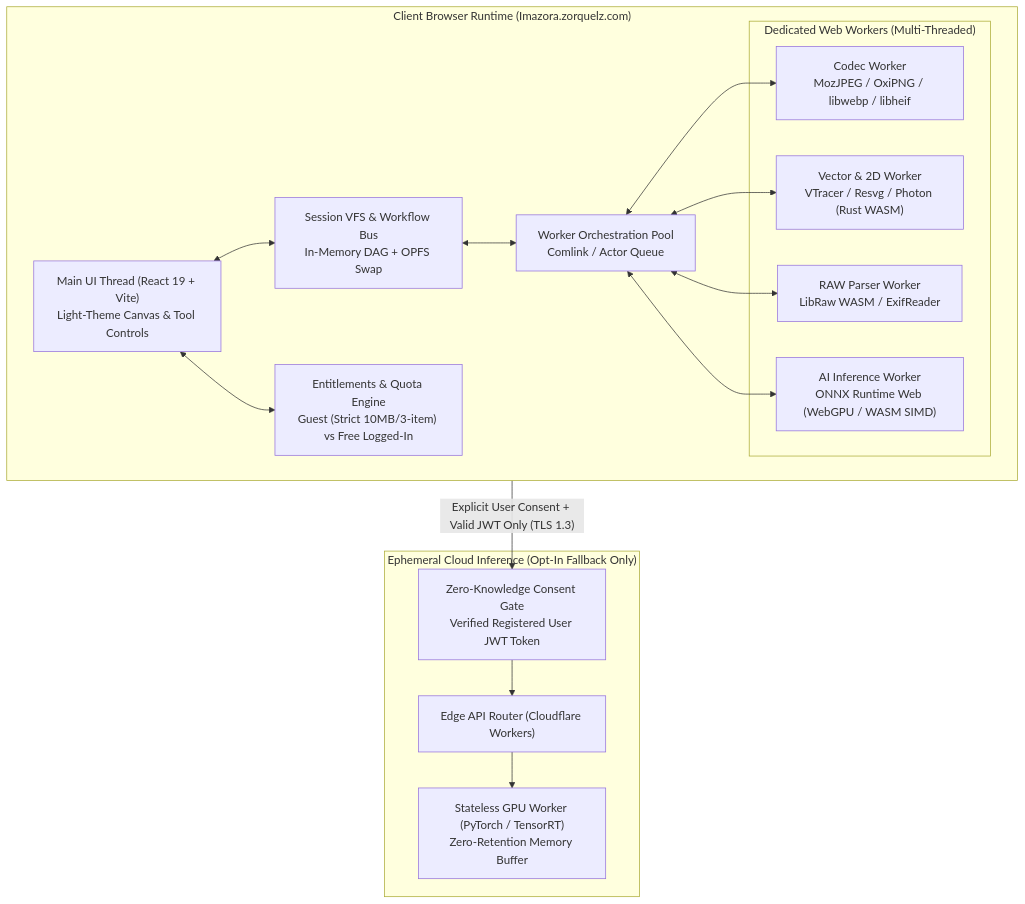
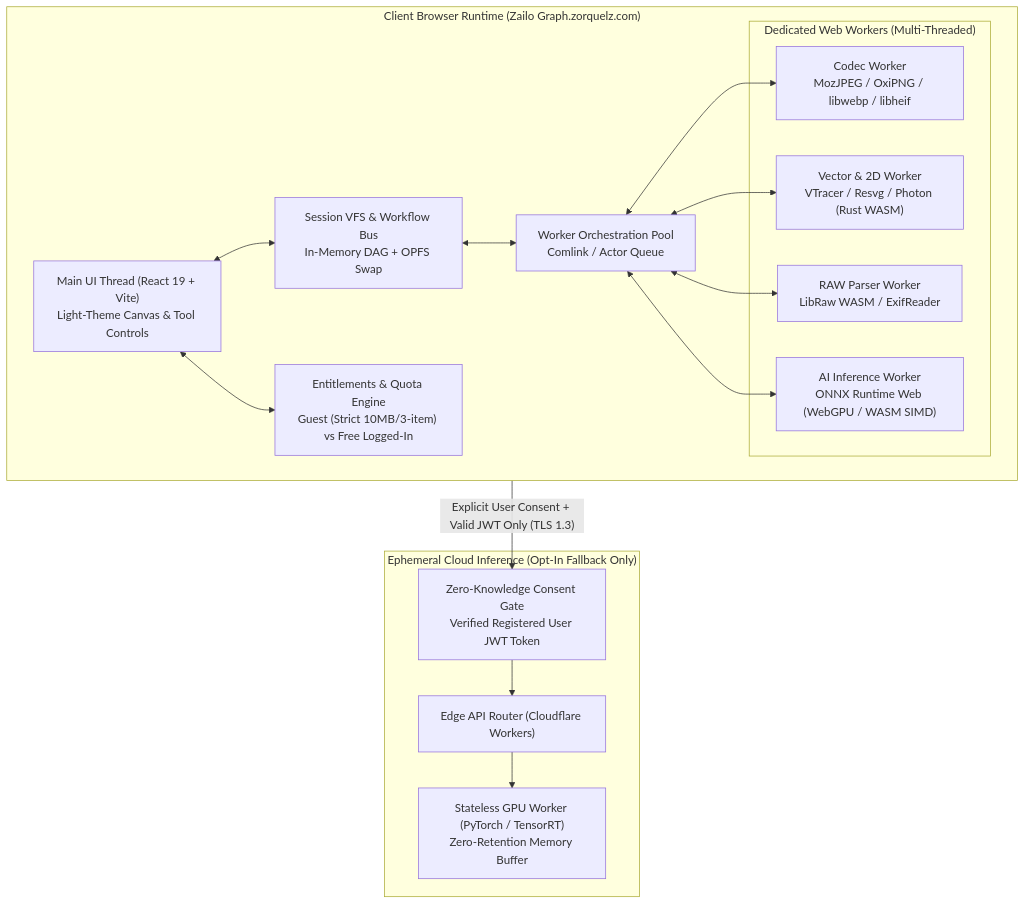
One commit to Karthick-Krishna/Zailo-Graph changed the first of 6 diagrams in docs/TECHNICAL_ARCHITECTURE.md. Above: the diagram before and after it, drawn with Mermaid. The commit also changed other lines of this file and 15 other files, not shown here.

Commit message:
chore(branding): update full site brand name to Zailo Graph across UI, modals, exports, storage, and docs

````diff
--- a/docs/TECHNICAL_ARCHITECTURE.md
+++ b/docs/TECHNICAL_ARCHITECTURE.md
@@ -14,36 +14,36 @@
 ```mermaid
 flowchart TB
-    subgraph Client["Client Browser Runtime (Imazora.zorquelz.com)"]
+    subgraph Client["Client Browser Runtime (Zailo Graph.zorquelz.com)"]
         UI["Main UI Thread (React 19 + Vite)<br/>Light-Theme Canvas & Tool Controls"]
         Bus["Session VFS & Workflow Bus<br/>In-Memory DAG + OPFS Swap"]
         WorkerPool["Worker Orchestration Pool<br/>Comlink / Actor Queue"]
         
         subgraph Workers["Dedicated Web Workers (Multi-Threaded)"]
             W_Codec["Codec Worker<br/>MozJPEG / OxiPNG / libwebp / libheif"]
             W_Vector["Vector & 2D Worker<br/>VTracer / Resvg / Photon (Rust WASM)"]
             W_RAW["RAW Parser Worker<br/>LibRaw WASM / ExifReader"]
             W_AI["AI Inference Worker<br/>ONNX Runtime Web (WebGPU / WASM SIMD)"]
         end
 
         UI <--> Bus
         Bus <--> WorkerPool
         WorkerPool <--> W_Codec
         WorkerPool <--> W_Vector
         WorkerPool <--> W_RAW
         WorkerPool <--> W_AI
         
         AuthEngine["Entitlements & Quota Engine<br/>Guest (Strict 10MB/3-item) vs Free Logged-In"]
         UI <--> AuthEngine
     end
 
     subgraph Cloud["Ephemeral Cloud Inference (Opt-In Fallback Only)"]
         AuthGate["Zero-Knowledge Consent Gate<br/>Verified Registered User JWT Token"]
         Edge["Edge API Router (Cloudflare Workers)"]
         GPUWorker["Stateless GPU Worker (PyTorch / TensorRT)<br/>Zero-Retention Memory Buffer"]
         
         Edge --> GPUWorker
     end
 
     Client -- "Explicit User Consent + Valid JWT Only (TLS 1.3)" --> AuthGate
     AuthGate --> Edge
 ```
````
